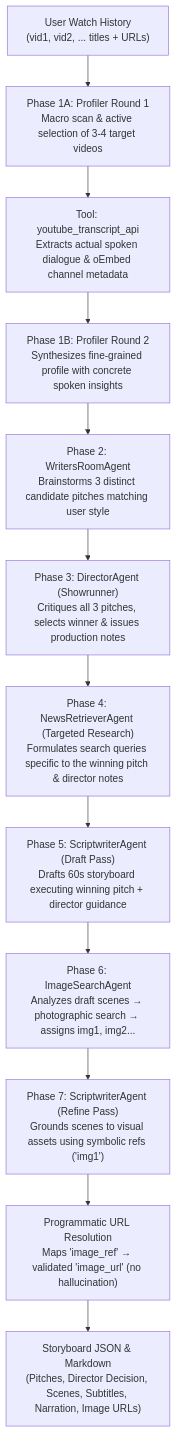
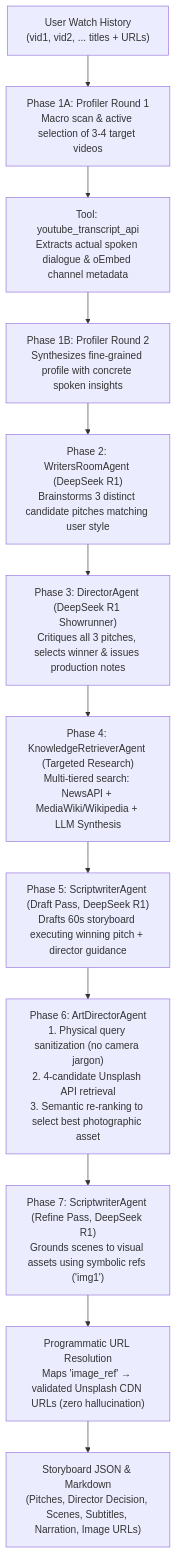
One commit to CharlesDupouy/nlp-multiagent-storyboarding changed the first of 2 diagrams in docs/project_tracker.md. Above: the diagram before and after it, drawn with Mermaid. The commit also changed other lines of this file, not shown here.

````diff
--- a/docs/project_tracker.md
+++ b/docs/project_tracker.md
@@ -34,14 +34,14 @@
 ```mermaid
 flowchart TD
     I["User Watch History\n(vid1, vid2, ... titles + URLs)"] --> P1["Phase 1A: Profiler Round 1\nMacro scan & active selection of 3-4 target videos"]
     P1 --> T1["Tool: youtube_transcript_api\nExtracts actual spoken dialogue & oEmbed channel metadata"]
     T1 --> P2["Phase 1B: Profiler Round 2\nSynthesizes fine-grained profile with concrete spoken insights"]
-    P2 --> WR["Phase 2: WritersRoomAgent\nBrainstorms 3 distinct candidate pitches matching user style"]
-    WR --> DIR["Phase 3: DirectorAgent (Showrunner)\nCritiques all 3 pitches, selects winner & issues production notes"]
-    DIR --> N["Phase 4: NewsRetrieverAgent (Targeted Research)\nFormulates search queries specific to the winning pitch & director notes"]
-    N --> S1["Phase 5: ScriptwriterAgent (Draft Pass)\nDrafts 60s storyboard executing winning pitch + director guidance"]
-    S1 --> IMG["Phase 6: ImageSearchAgent\nAnalyzes draft scenes → photographic search → assigns img1, img2..."]
-    IMG --> S2["Phase 7: ScriptwriterAgent (Refine Pass)\nGrounds scenes to visual assets using symbolic refs ('img1')"]
-    S2 --> RES["Programmatic URL Resolution\nMaps 'image_ref' → validated 'image_url' (no hallucination)"]
+    P2 --> WR["Phase 2: WritersRoomAgent (DeepSeek R1)\nBrainstorms 3 distinct candidate pitches matching user style"]
+    WR --> DIR["Phase 3: DirectorAgent (DeepSeek R1 Showrunner)\nCritiques all 3 pitches, selects winner & issues production notes"]
+    DIR --> K["Phase 4: KnowledgeRetrieverAgent (Targeted Research)\nMulti-tiered search: NewsAPI + MediaWiki/Wikipedia + LLM Synthesis"]
+    K --> S1["Phase 5: ScriptwriterAgent (Draft Pass, DeepSeek R1)\nDrafts 60s storyboard executing winning pitch + director guidance"]
+    S1 --> ART["Phase 6: ArtDirectorAgent\n1. Physical query sanitization (no camera jargon)\n2. 4-candidate Unsplash API retrieval\n3. Semantic re-ranking to select best photographic asset"]
+    ART --> S2["Phase 7: ScriptwriterAgent (Refine Pass, DeepSeek R1)\nGrounds scenes to visual assets using symbolic refs ('img1')"]
+    S2 --> RES["Programmatic URL Resolution\nMaps 'image_ref' → validated Unsplash CDN URLs (zero hallucination)"]
     RES --> O["Storyboard JSON & Markdown\n(Pitches, Director Decision, Scenes, Subtitles, Narration, Image URLs)"]
 ```
````
